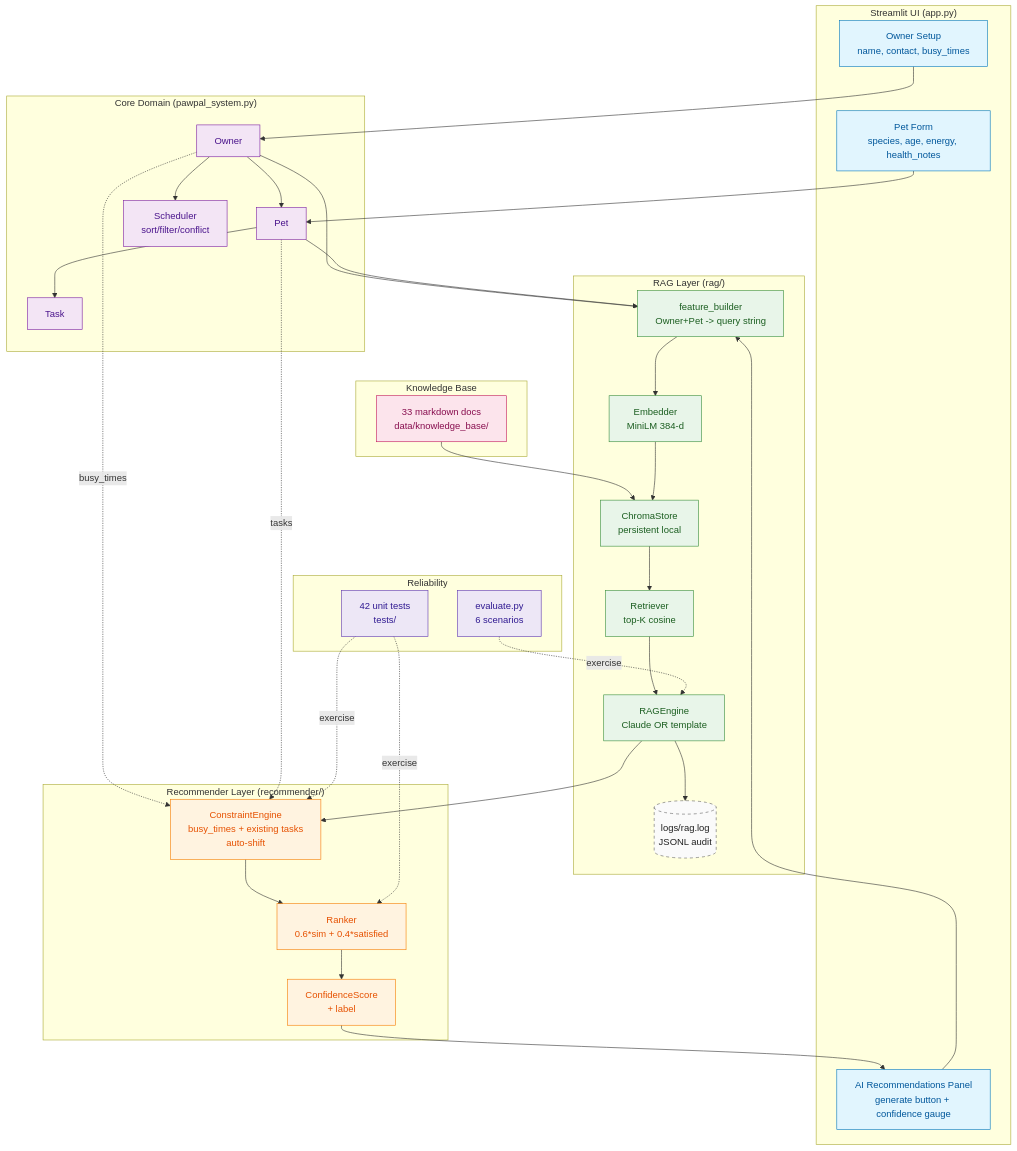
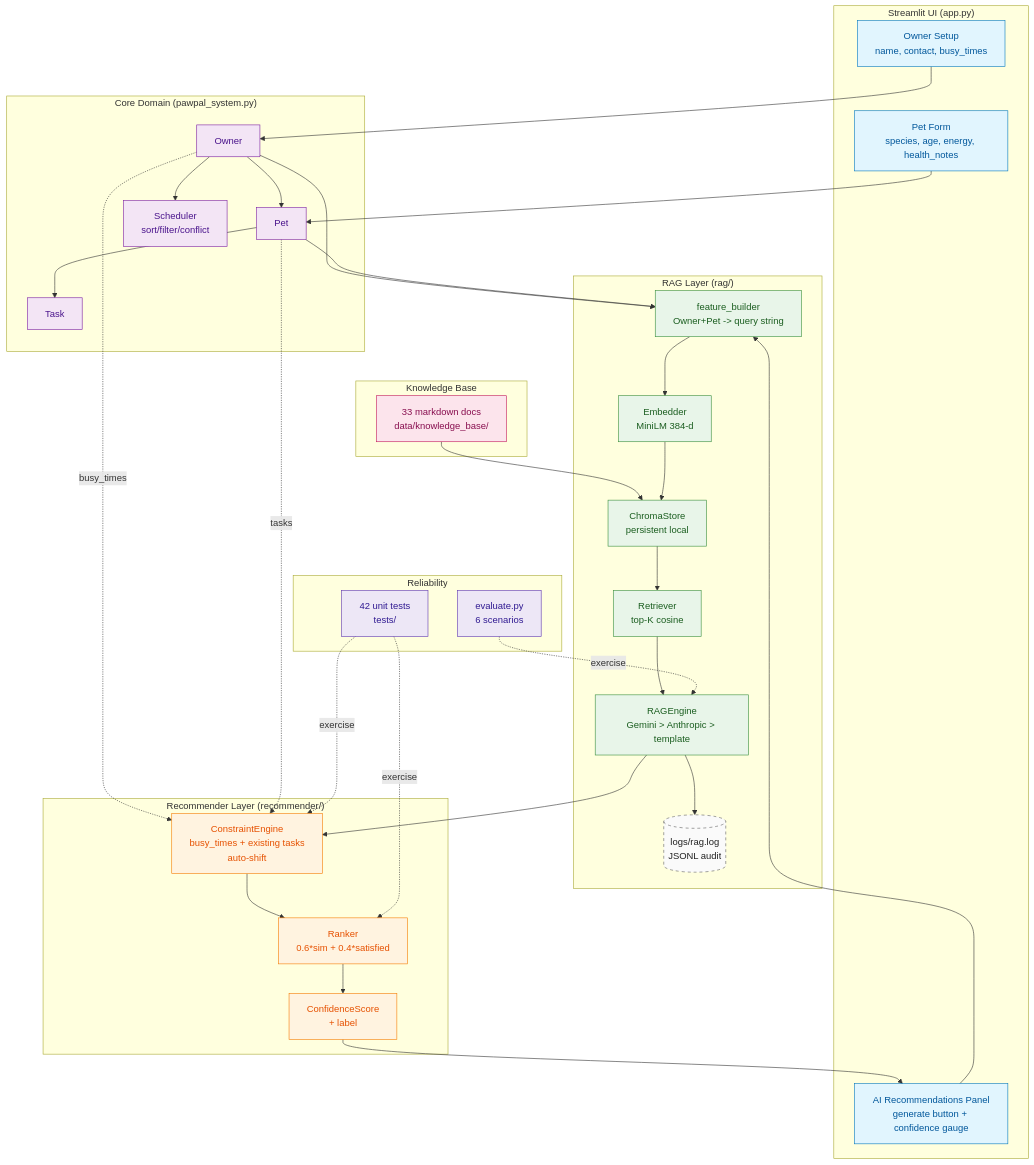
One commit to AI01010/applied-ai-system-scheduler-ai110 changed the diagram in assets/architecture.md. Above: the diagram before and after it, drawn with Mermaid. The commit also changed other lines of this file and 2 other files, not shown here.

First line of the commit message:
docs: document Gemini setup and provider cascade

````diff
--- a/assets/architecture.md
+++ b/assets/architecture.md
@@ -7,81 +7,81 @@
 ```mermaid
 flowchart TD
     subgraph UI["Streamlit UI (app.py)"]
         OWNER_FORM[Owner Setup<br/>name, contact, busy_times]
         PET_FORM[Pet Form<br/>species, age, energy, health_notes]
         AI_PANEL[AI Recommendations Panel<br/>generate button + confidence gauge]
     end
 
     subgraph CORE["Core Domain (pawpal_system.py)"]
         OWNER[Owner]
         PET[Pet]
         TASK[Task]
         SCHED[Scheduler<br/>sort/filter/conflict]
     end
 
     subgraph RAG["RAG Layer (rag/)"]
         FB[feature_builder<br/>Owner+Pet -> query string]
         EMB[Embedder<br/>MiniLM 384-d]
         VS[ChromaStore<br/>persistent local]
         RET[Retriever<br/>top-K cosine]
-        ENG[RAGEngine<br/>Claude OR template]
+        ENG[RAGEngine<br/>Gemini > Anthropic > template]
         LOG[(logs/rag.log<br/>JSONL audit)]
     end
 
     subgraph KB["Knowledge Base"]
         DOCS[33 markdown docs<br/>data/knowledge_base/]
     end
 
     subgraph REC["Recommender Layer (recommender/)"]
         CE[ConstraintEngine<br/>busy_times + existing tasks<br/>auto-shift]
         RANK[Ranker<br/>0.6*sim + 0.4*satisfied]
         CONF[ConfidenceScore<br/>+ label]
     end
 
     subgraph EVAL["Reliability"]
         TESTS[42 unit tests<br/>tests/]
         HARNESS[evaluate.py<br/>6 scenarios]
     end
 
     OWNER_FORM --> OWNER
     PET_FORM --> PET
     OWNER --> PET
     PET --> TASK
     OWNER --> SCHED
 
     AI_PANEL --> FB
     OWNER --> FB
     PET --> FB
     FB --> EMB
     DOCS --> VS
     EMB --> VS
     VS --> RET
     RET --> ENG
     ENG --> LOG
     ENG --> CE
     OWNER -.busy_times.-> CE
     PET -.tasks.-> CE
     CE --> RANK
     RANK --> CONF
     CONF --> AI_PANEL
 
     TESTS -.exercise.-> CE
     TESTS -.exercise.-> RANK
     HARNESS -.exercise.-> ENG
 
     classDef ui     fill:#e1f5fe,stroke:#0277bd,color:#01579b;
     classDef core   fill:#f3e5f5,stroke:#7b1fa2,color:#4a148c;
     classDef rag    fill:#e8f5e9,stroke:#388e3c,color:#1b5e20;
     classDef rec    fill:#fff3e0,stroke:#f57c00,color:#e65100;
     classDef kb     fill:#fce4ec,stroke:#c2185b,color:#880e4f;
     classDef eval   fill:#ede7f6,stroke:#5e35b1,color:#311b92;
     classDef store  fill:#fafafa,stroke:#616161,color:#212121,stroke-dasharray:5 5;
 
     class OWNER_FORM,PET_FORM,AI_PANEL ui;
     class OWNER,PET,TASK,SCHED core;
     class FB,EMB,VS,RET,ENG rag;
     class CE,RANK,CONF rec;
     class DOCS kb;
     class TESTS,HARNESS eval;
     class LOG store;
 ```
````
